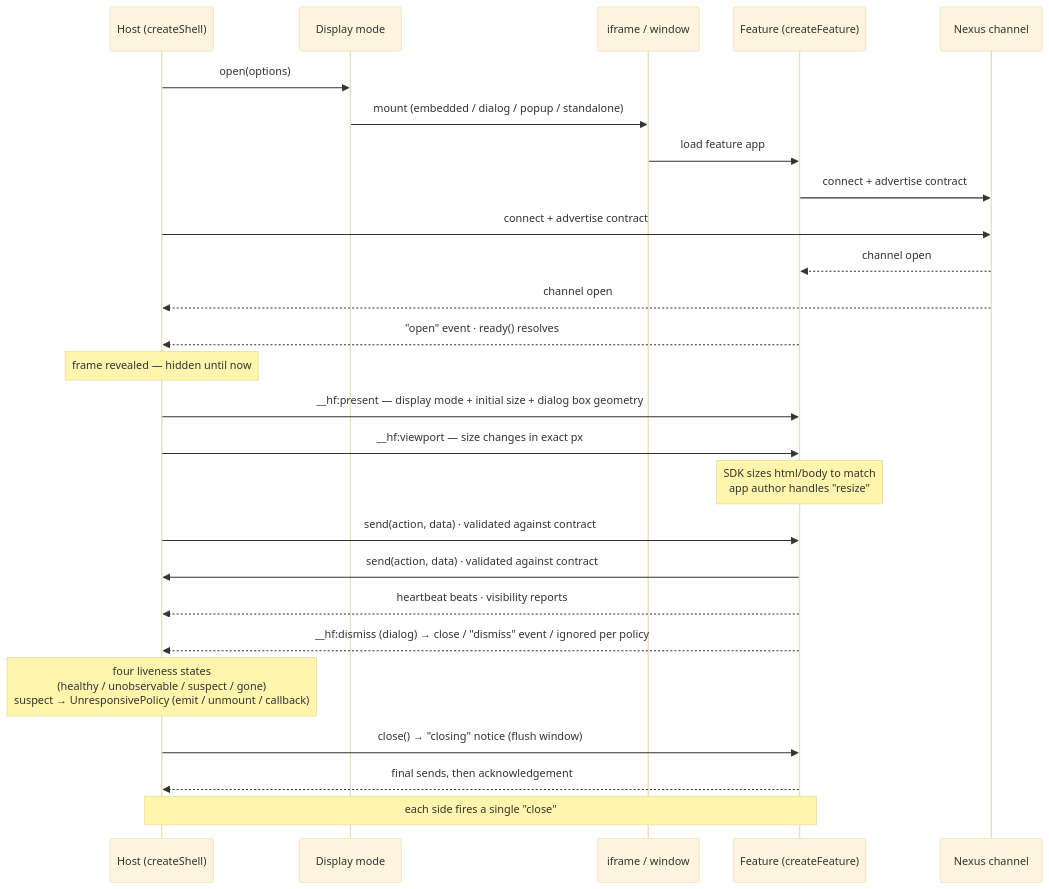
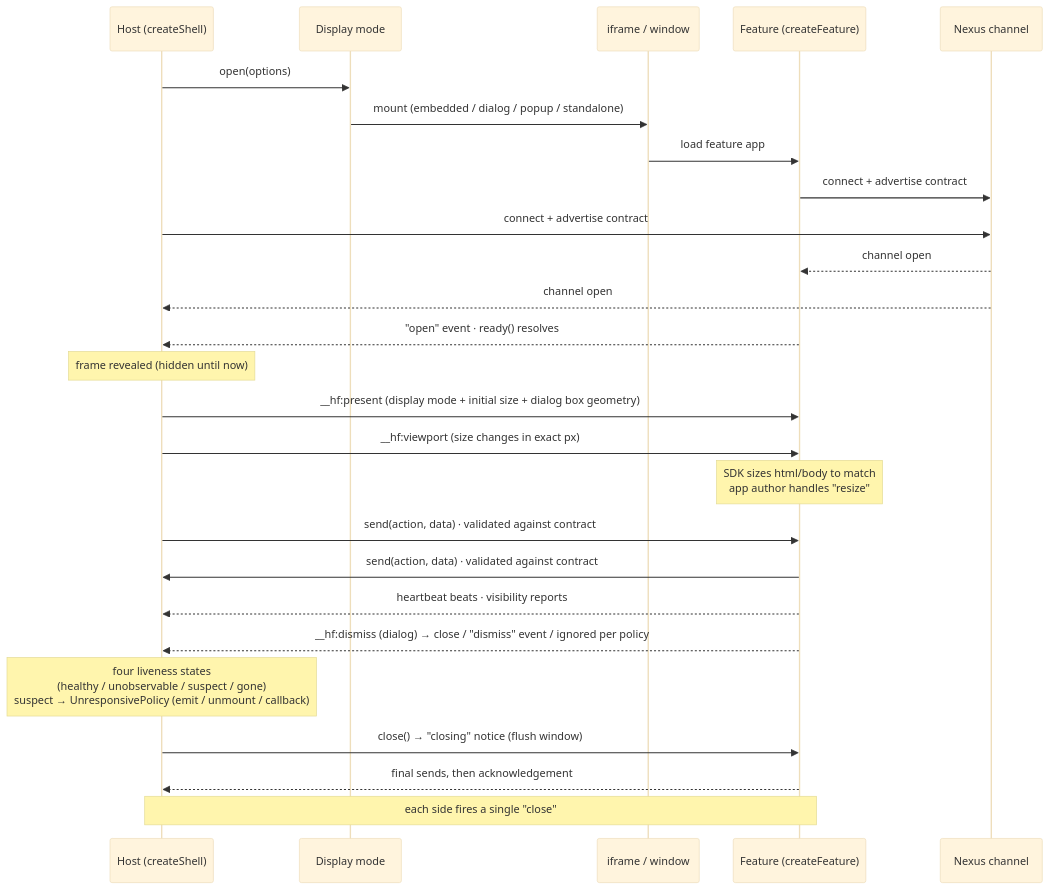
One commit to AndrewRedican/hyperfrontend changed the second of 5 diagrams in libs/features/ARCHITECTURE.md. Above: the diagram before and after it, drawn with Mermaid. The commit also changed other lines of this file and 2 other files, not shown here.

````diff
--- a/libs/features/ARCHITECTURE.md
+++ b/libs/features/ARCHITECTURE.md
@@ -116,35 +116,35 @@
 ```mermaid
 ---
 config:
   theme: base
   themeVariables:
     fontSize: 12px
 ---
 sequenceDiagram
     participant H as Host (createShell)
     participant D as Display mode
     participant I as iframe / window
     participant F as Feature (createFeature)
     participant N as Nexus channel
 
     H->>D: open(options)
     D->>I: mount (embedded / dialog / popup / standalone)
     I->>F: load feature app
     F->>N: connect + advertise contract
     H->>N: connect + advertise contract
     N-->>F: channel open
     N-->>H: channel open
     F-->>H: "open" event · ready() resolves
-    Note over H: frame revealed — hidden until now
-    H->>F: __hf:present — display mode + initial size + dialog box geometry
-    H->>F: __hf:viewport — size changes in exact px
+    Note over H: frame revealed (hidden until now)
+    H->>F: __hf:present (display mode + initial size + dialog box geometry)
+    H->>F: __hf:viewport (size changes in exact px)
     Note over F: SDK sizes html/body to match<br/>app author handles "resize"
     H->>F: send(action, data)  ·  validated against contract
     F->>H: send(action, data)  ·  validated against contract
     F-->>H: heartbeat beats · visibility reports
     F-->>H: __hf:dismiss (dialog) → close / "dismiss" event / ignored per policy
     Note over H: four liveness states<br/>(healthy / unobservable / suspect / gone)<br/>suspect → UnresponsivePolicy (emit / unmount / callback)
     H->>F: close() → "closing" notice (flush window)
     F-->>H: final sends, then acknowledgement
     Note over H,F: each side fires a single "close"
 ```
````
